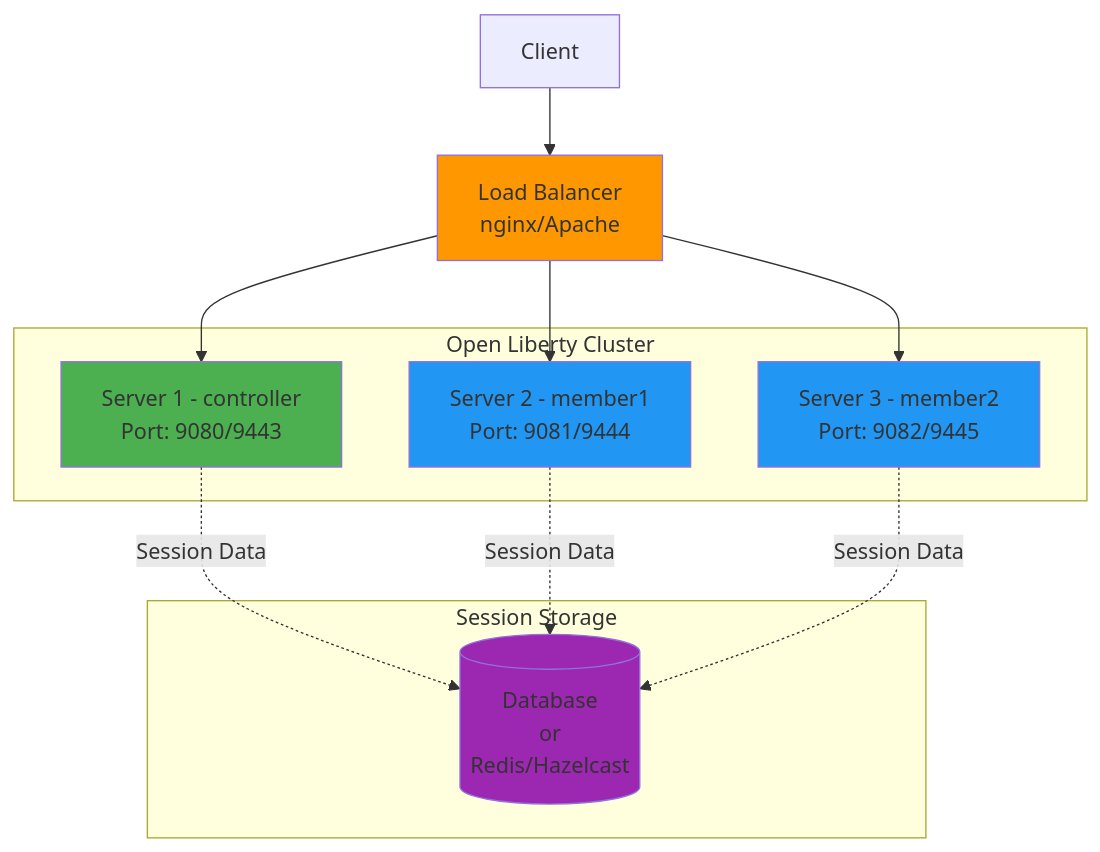
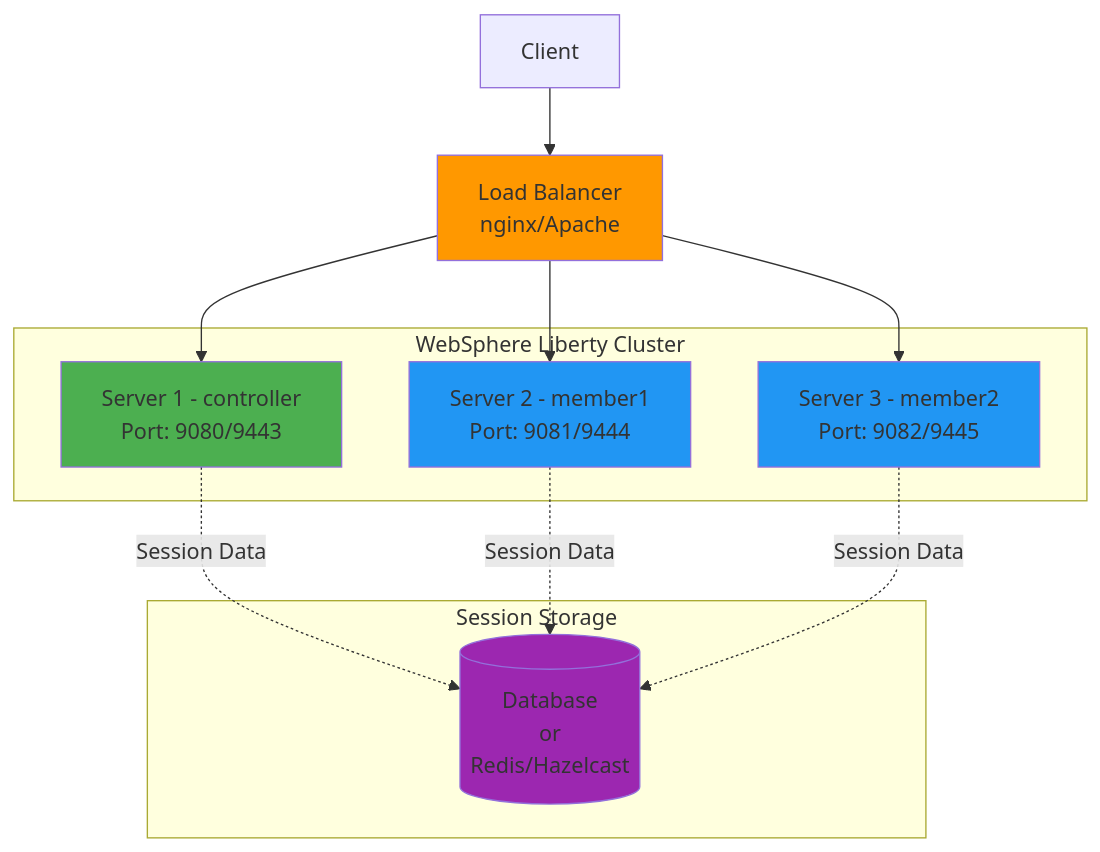
Before and after one commit to sekarbala123/LibertyClusterDeployment: the diagram in CLUSTER-SETUP-GUIDE.md, drawn with Mermaid. The commit also changed other lines of this file and 2 other files, not shown here.

````diff
--- a/CLUSTER-SETUP-GUIDE.md
+++ b/CLUSTER-SETUP-GUIDE.md
@@ -11,29 +11,29 @@
 ```mermaid
 graph TB
     LB[Load Balancer<br/>nginx/Apache]
     
-    subgraph "Open Liberty Cluster"
+    subgraph "WebSphere Liberty Cluster"
         Server1[Server 1 - controller<br/>Port: 9080/9443]
         Server2[Server 2 - member1<br/>Port: 9081/9444]
         Server3[Server 3 - member2<br/>Port: 9082/9445]
     end
     
     subgraph "Session Storage"
         DB[(Database<br/>or<br/>Redis/Hazelcast)]
     end
     
     Client[Client] --> LB
     LB --> Server1
     LB --> Server2
     LB --> Server3
     
     Server1 -.Session Data.-> DB
     Server2 -.Session Data.-> DB
     Server3 -.Session Data.-> DB
     
     style Server1 fill:#4CAF50
     style Server2 fill:#2196F3
     style Server3 fill:#2196F3
     style LB fill:#FF9800
     style DB fill:#9C27B0
 ```
````
